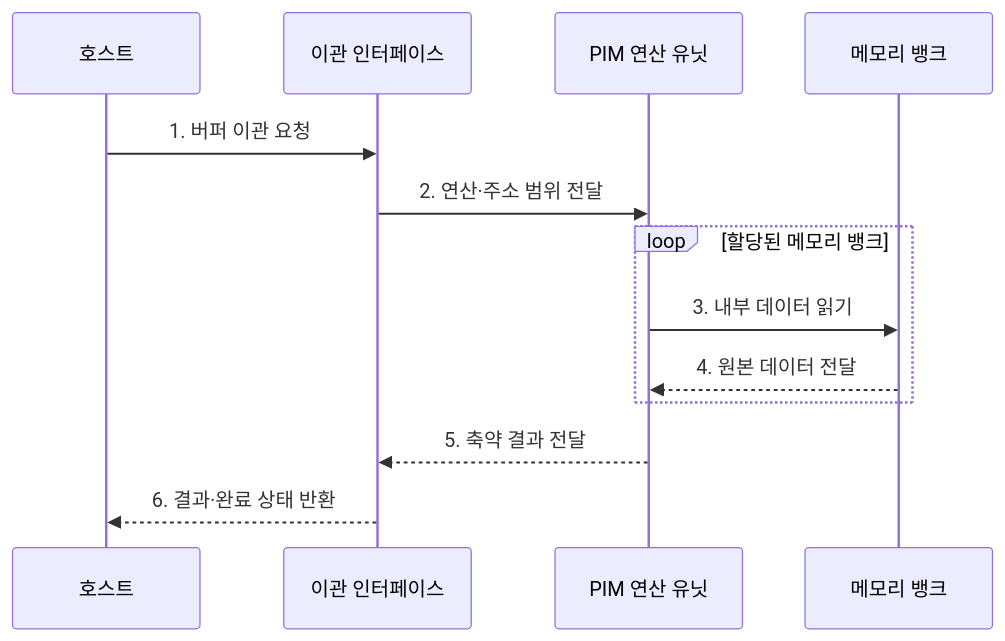
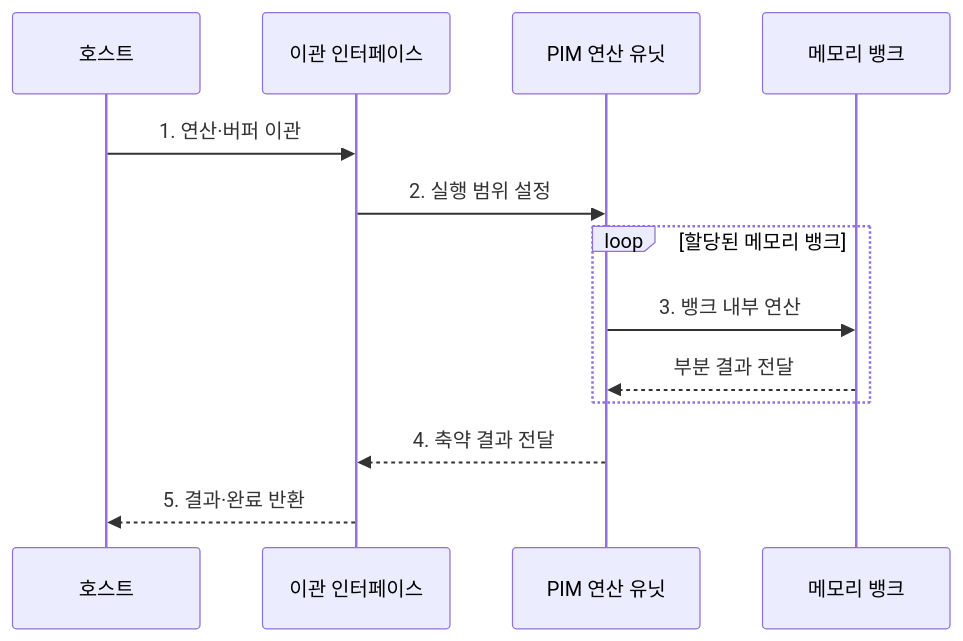
Before and after one commit to agnusdei1207/knowledge-base: the second of 2 diagrams in src/content/docs/notes/02-hardware/026_pim.md, drawn with Mermaid. The commit also changed other lines of this file and 86 other files, not shown here.

````diff
--- a/src/content/docs/notes/02-hardware/026_pim.md
+++ b/src/content/docs/notes/02-hardware/026_pim.md
@@ -87,15 +87,15 @@
 ```mermaid
 sequenceDiagram
     participant H as 호스트
     participant I as 이관 인터페이스
     participant U as PIM 연산 유닛
     participant B as 메모리 뱅크
-    H->>I: 1. 버퍼 이관 요청
-    I->>U: 2. 연산·주소 범위 전달
+    H->>I: 1. 연산·버퍼 이관
+    I->>U: 2. 실행 범위 설정
     loop 할당된 메모리 뱅크
-        U->>B: 3. 내부 데이터 읽기
-        B-->>U: 4. 원본 데이터 전달
+        U->>B: 3. 뱅크 내부 연산
+        B-->>U: 부분 결과 전달
     end
-    U-->>I: 5. 축약 결과 전달
-    I-->>H: 6. 결과·완료 상태 반환
+    U-->>I: 4. 축약 결과 전달
+    I-->>H: 5. 결과·완료 반환
 ```
````
